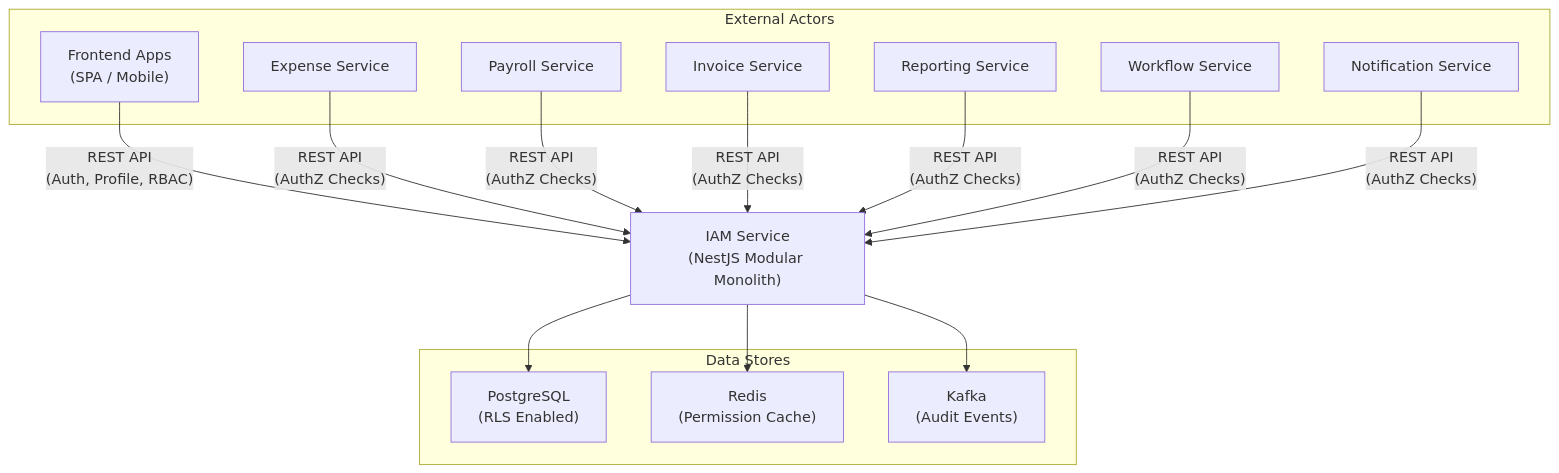
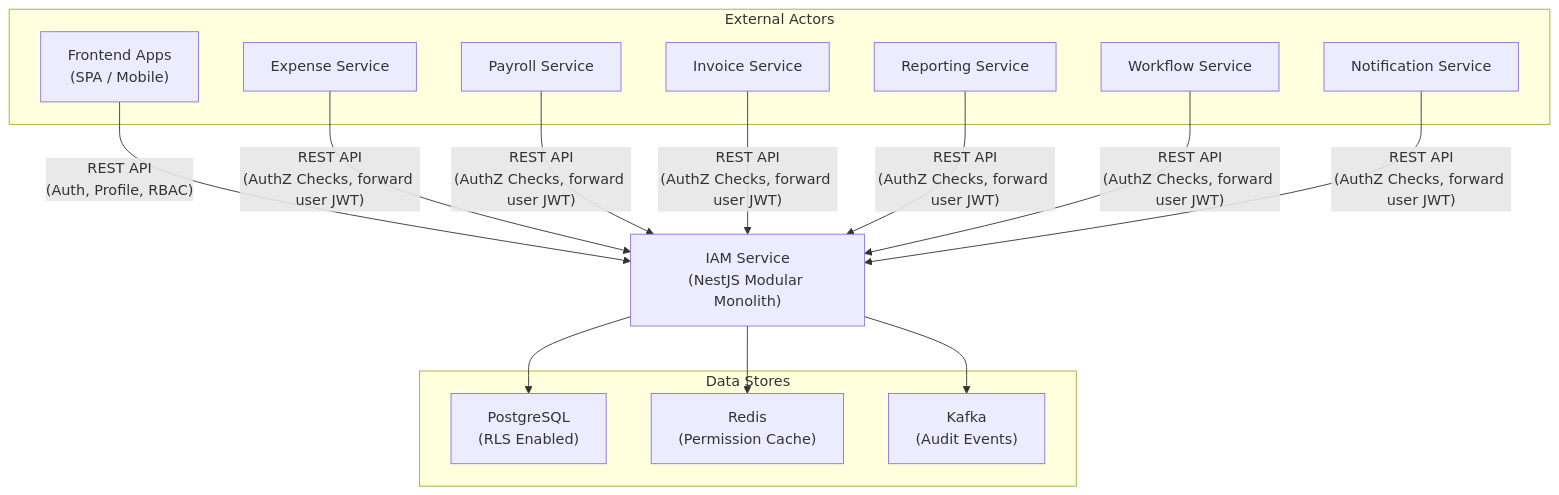
The first of 17 diagrams in documentation/IAM_DESIGN_DOCUMENT.md (namansukhwani/Generic-IAM), drawn with Mermaid before and after one commit. The commit also changed other lines of this file and 24 other files, not shown here.

````diff
--- a/documentation/IAM_DESIGN_DOCUMENT.md
+++ b/documentation/IAM_DESIGN_DOCUMENT.md
@@ -201,32 +199,32 @@
 ```mermaid
 graph TB
     subgraph "External Actors"
         FE["Frontend Apps<br/>(SPA / Mobile)"]
         SVC_EXP["Expense Service"]
         SVC_PAY["Payroll Service"]
         SVC_INV["Invoice Service"]
         SVC_RPT["Reporting Service"]
         SVC_WF["Workflow Service"]
         SVC_NOT["Notification Service"]
     end
 
     IAM["IAM Service<br/>(NestJS Modular Monolith)"]
 
     subgraph "Data Stores"
         PG["PostgreSQL<br/>(RLS Enabled)"]
         RD["Redis<br/>(Permission Cache)"]
         KF["Kafka<br/>(Audit Events)"]
     end
 
     FE -->|"REST API<br/>(Auth, Profile, RBAC)"| IAM
-    SVC_EXP -->|"REST API<br/>(AuthZ Checks)"| IAM
-    SVC_PAY -->|"REST API<br/>(AuthZ Checks)"| IAM
-    SVC_INV -->|"REST API<br/>(AuthZ Checks)"| IAM
-    SVC_RPT -->|"REST API<br/>(AuthZ Checks)"| IAM
-    SVC_WF -->|"REST API<br/>(AuthZ Checks)"| IAM
-    SVC_NOT -->|"REST API<br/>(AuthZ Checks)"| IAM
+    SVC_EXP -->|"REST API<br/>(AuthZ Checks, forward user JWT)"| IAM
+    SVC_PAY -->|"REST API<br/>(AuthZ Checks, forward user JWT)"| IAM
+    SVC_INV -->|"REST API<br/>(AuthZ Checks, forward user JWT)"| IAM
+    SVC_RPT -->|"REST API<br/>(AuthZ Checks, forward user JWT)"| IAM
+    SVC_WF -->|"REST API<br/>(AuthZ Checks, forward user JWT)"| IAM
+    SVC_NOT -->|"REST API<br/>(AuthZ Checks, forward user JWT)"| IAM
 
     IAM --> PG
     IAM --> RD
     IAM --> KF
 ```
````
